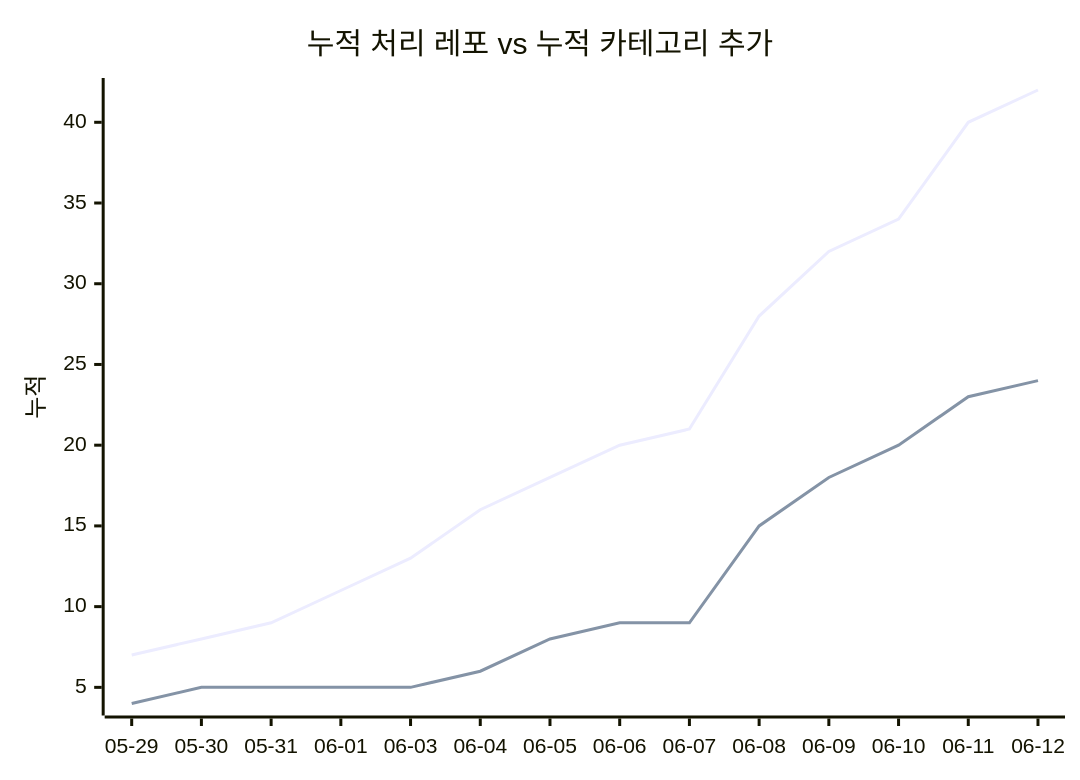
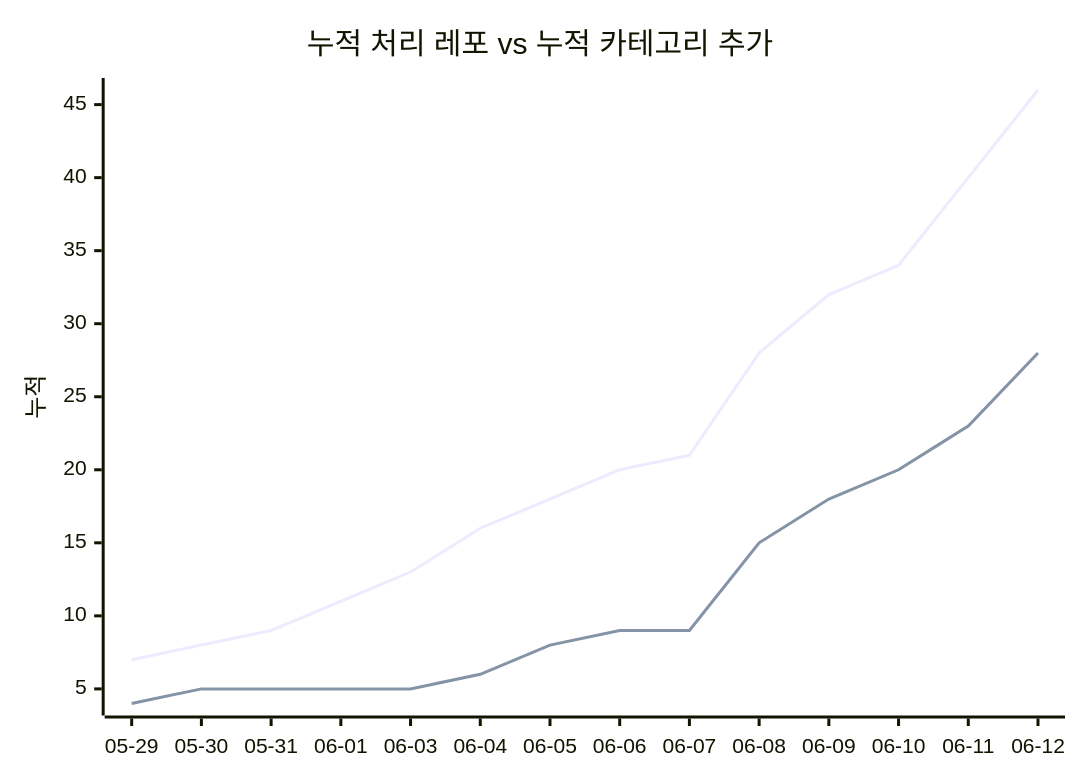
One commit to J-nowcow/awesome-korean-agent-skills changed the second of 2 diagrams in docs/trends.md. Above: the diagram before and after it, drawn with Mermaid. The commit also changed other lines of this file and 6 other files, not shown here.

````diff
--- a/docs/trends.md
+++ b/docs/trends.md
@@ -68,8 +68,8 @@
 ```mermaid
 xychart-beta
     title "누적 처리 레포 vs 누적 카테고리 추가"
     x-axis ["05-29","05-30","05-31","06-01","06-03","06-04","06-05","06-06","06-07","06-08","06-09","06-10","06-11","06-12"]
     y-axis "누적"
-    line [7,8,9,11,13,16,18,20,21,28,32,34,40,42]
-    line [4,5,5,5,5,6,8,9,9,15,18,20,23,24]
+    line [7,8,9,11,13,16,18,20,21,28,32,34,40,46]
+    line [4,5,5,5,5,6,8,9,9,15,18,20,23,28]
 ```
````
